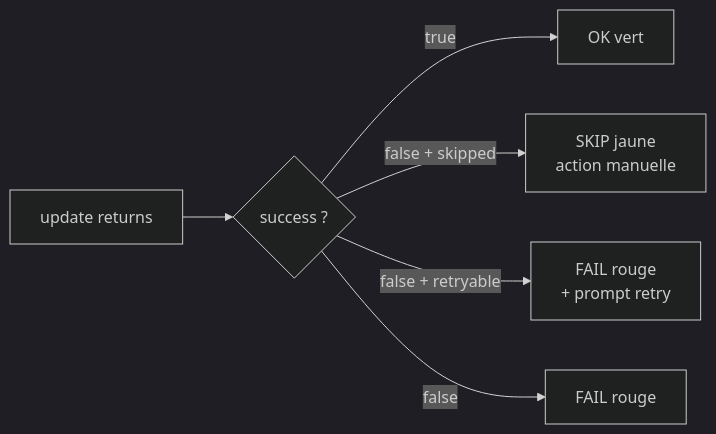
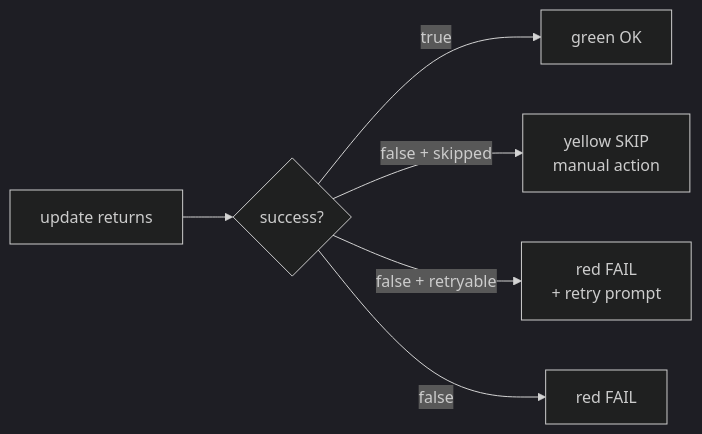
The third of 3 diagrams in CONTRIBUTING.md (LINDECKER-Charles/gup), drawn with Mermaid (dark theme) before and after one commit. The commit also changed other lines of this file and 5 other files, not shown here.

````diff
--- a/CONTRIBUTING.md
+++ b/CONTRIBUTING.md
@@ -166,8 +166,8 @@
 ```mermaid
 flowchart LR
-    Update[update returns] --> Success{success ?}
-    Success -->|true| OK[OK vert]
-    Success -->|false + skipped| SKIP[SKIP jaune<br/>action manuelle]
-    Success -->|false + retryable| RETRY[FAIL rouge<br/>+ prompt retry]
-    Success -->|false| FAIL[FAIL rouge]
+    Update[update returns] --> Success{success?}
+    Success -->|true| OK[green OK]
+    Success -->|false + skipped| SKIP[yellow SKIP<br/>manual action]
+    Success -->|false + retryable| RETRY[red FAIL<br/>+ retry prompt]
+    Success -->|false| FAIL[red FAIL]
 ```
````
